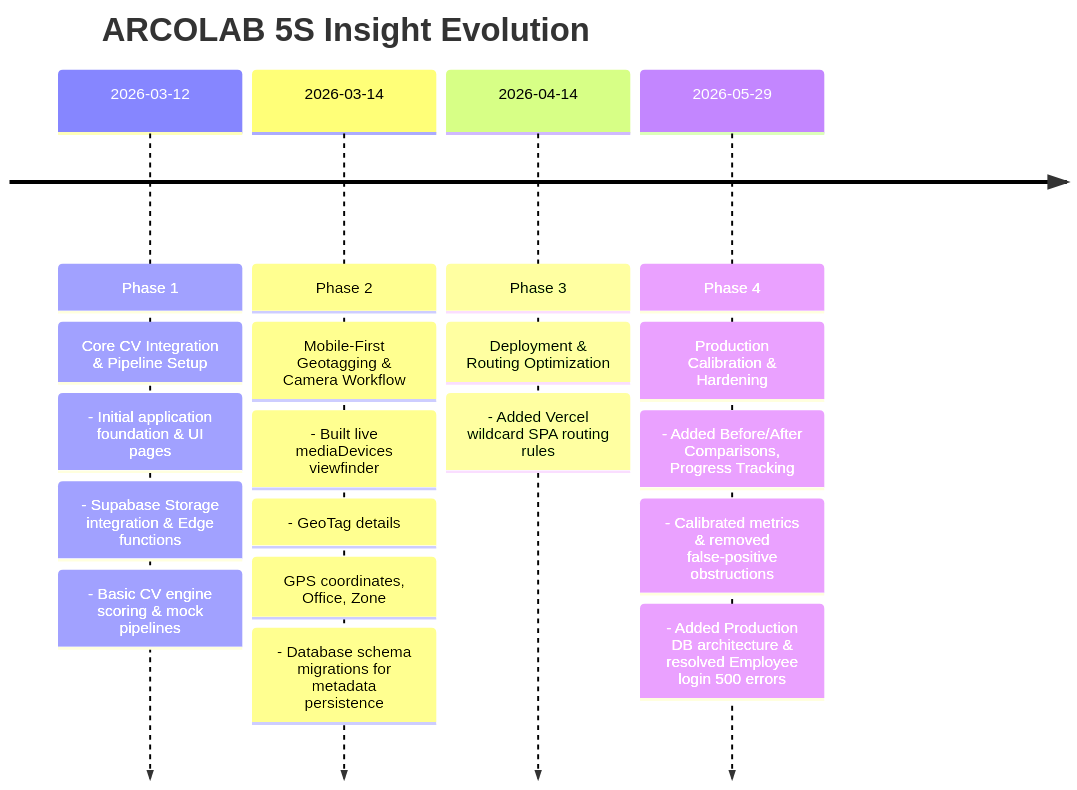
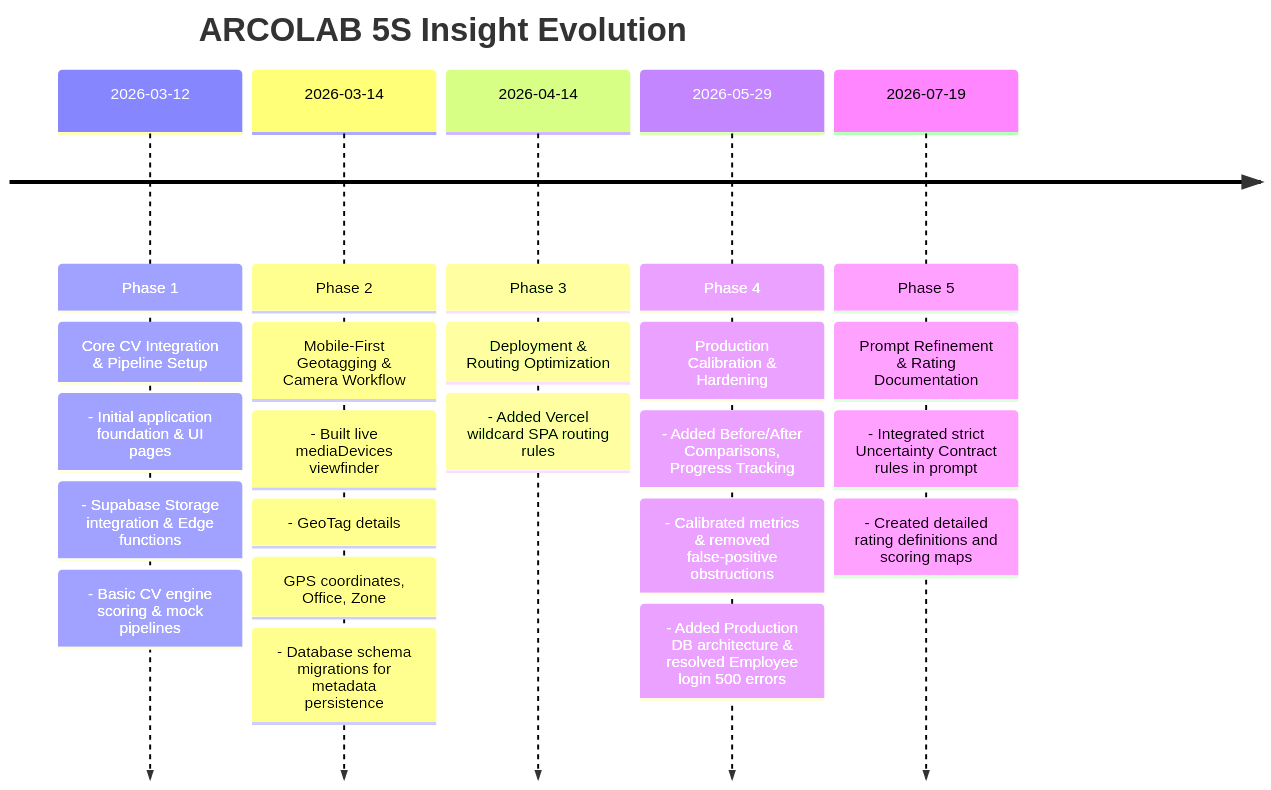
One commit to Vijay-R57/basics changed the diagram in project_update_history.md. Above: the diagram before and after it, drawn with Mermaid. The commit also changed other lines of this file and 5 other files, not shown here.

Commit message:
feat/doc: implement prompt uncertainty contract and document rating definitions & scoring mapping

````diff
--- a/project_update_history.md
+++ b/project_update_history.md
@@ -9,18 +9,21 @@
 ```mermaid
 timeline
     title ARCOLAB 5S Insight Evolution
     2026-03-12 : Phase 1: Core CV Integration & Pipeline Setup
                : - Initial application foundation & UI pages
                : - Supabase Storage integration & Edge functions
                : - Basic CV engine scoring & mock pipelines
     2026-03-14 : Phase 2: Mobile-First Geotagging & Camera Workflow
                : - Built live mediaDevices viewfinder
                : - GeoTag details: GPS coordinates, Office, Zone
                : - Database schema migrations for metadata persistence
     2026-04-14 : Phase 3: Deployment & Routing Optimization
                : - Added Vercel wildcard SPA routing rules
     2026-05-29 : Phase 4: Production Calibration & Hardening
                : - Added Before/After Comparisons, Progress Tracking
                : - Calibrated metrics & removed false-positive obstructions
                : - Added Production DB architecture & resolved Employee login 500 errors
+    2026-07-19 : Phase 5: Prompt Refinement & Rating Documentation
+               : - Integrated strict Uncertainty Contract rules in prompt
+               : - Created detailed rating definitions and scoring maps
 ```
````
